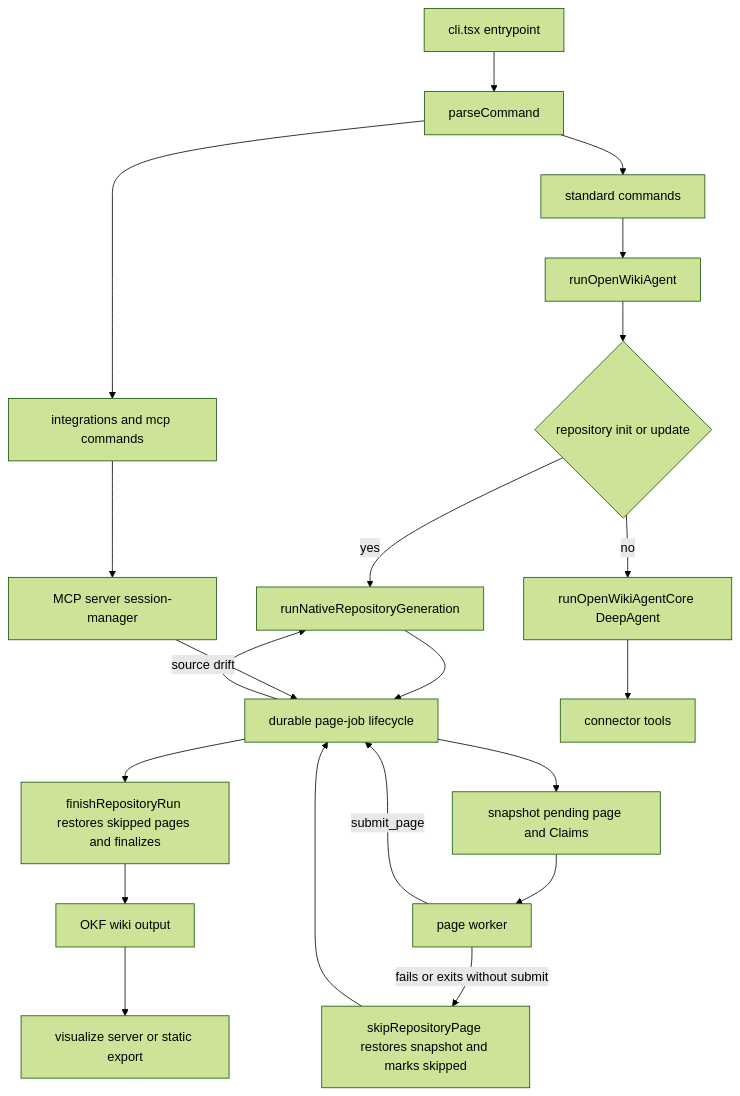
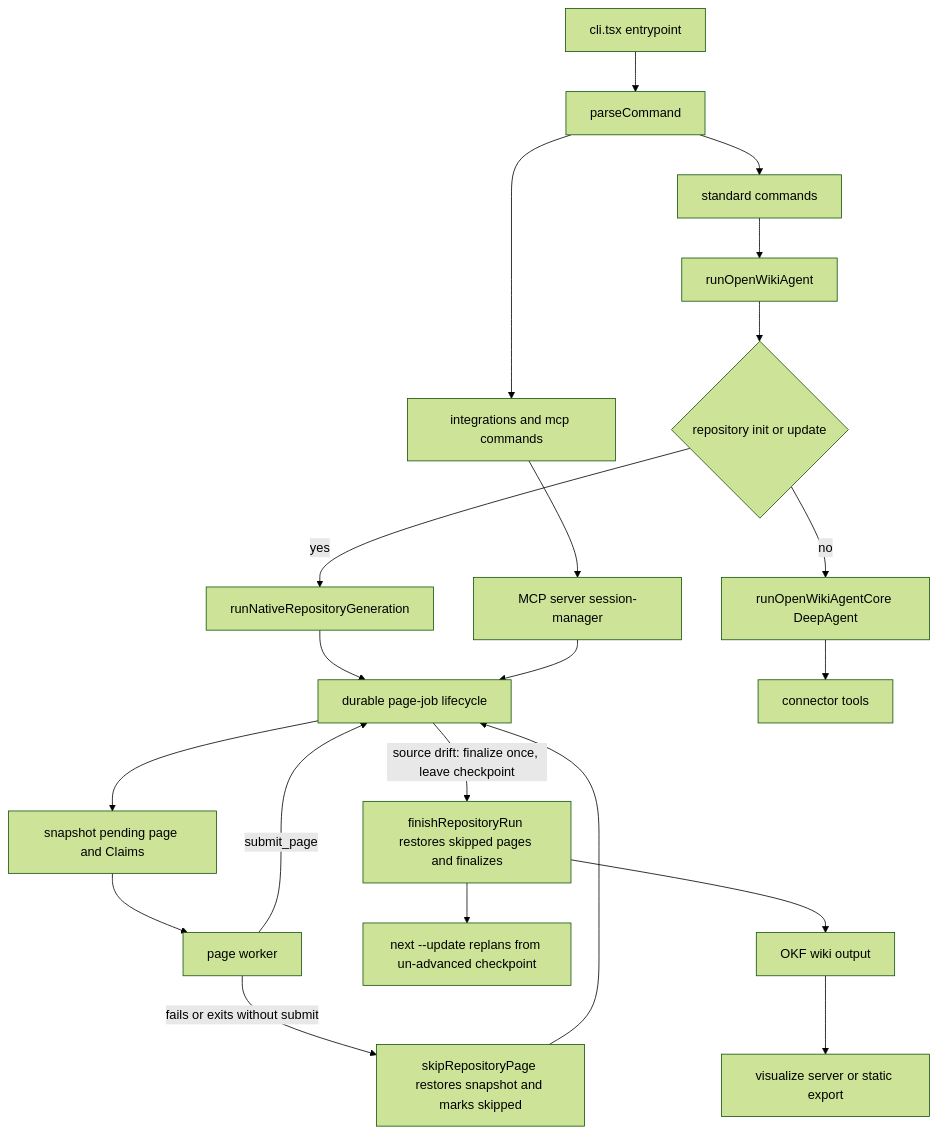
Before and after one commit to langchain-ai/openwiki: the diagram in openwiki/architecture/overview.md, drawn with Mermaid (forest theme). The commit also changed other lines of this file and 25 other files, not shown here.

````diff
--- a/openwiki/architecture/overview.md
+++ b/openwiki/architecture/overview.md
@@ -74,23 +74,24 @@
 ```mermaid
 flowchart TD
   CLI["cli.tsx entrypoint"] --> Parse["parseCommand"]
   Parse --> Std["standard commands"]
   Parse --> Host["integrations and mcp commands"]
   Std --> RunAgent["runOpenWikiAgent"]
   RunAgent --> RepoGen{"repository init or update"}
   RepoGen -->|yes| NativeRun["runNativeRepositoryGeneration"]
   RepoGen -->|no| Core["runOpenWikiAgentCore DeepAgent"]
   NativeRun --> Lifecycle["durable page-job lifecycle"]
   Host --> McpServer["MCP server session-manager"]
   McpServer --> Lifecycle
   Core --> Connectors["connector tools"]
   Lifecycle --> Snapshot["snapshot pending page and Claims"]
   Snapshot --> PageWorker["page worker"]
   PageWorker -->|"fails or exits without submit"| Skip["skipRepositoryPage restores snapshot and marks skipped"]
   Skip --> Lifecycle
   PageWorker -->|"submit_page"| Lifecycle
-  Lifecycle -->|"source drift"| NativeRun
-  Lifecycle --> Finalize["finishRepositoryRun restores skipped pages and finalizes"]
+  Lifecycle -->|"source drift: finalize once, leave checkpoint"| Finalize
+  Finalize["finishRepositoryRun restores skipped pages and finalizes"]
+  Finalize --> Reconcile["next --update replans from un-advanced checkpoint"]
   Finalize --> Wiki["OKF wiki output"]
   Wiki --> Viz["visualize server or static export"]
 ```
````
